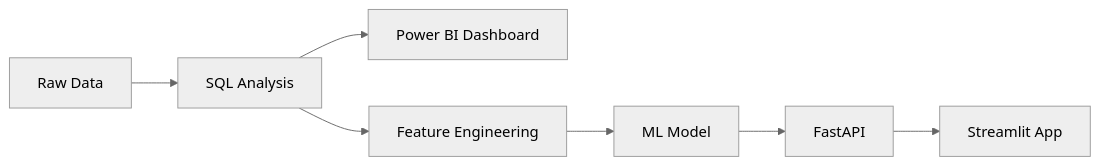
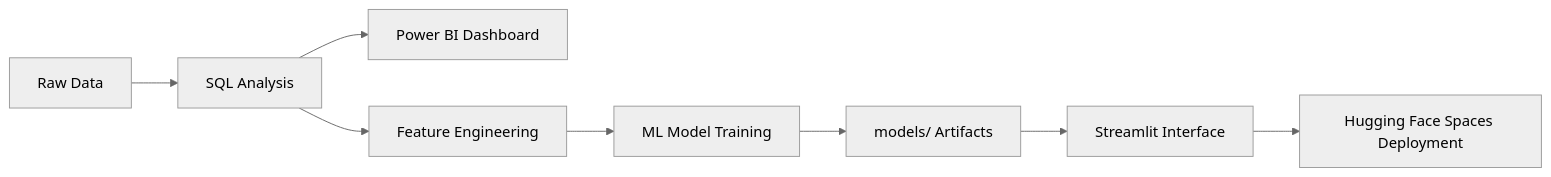
The diagram in README.md (ajaya-kumar-pradhan/Loan-Approval-Credit-Risk-Analytics-System), drawn with Mermaid (neutral theme) before and after one commit. The commit also changed other lines of this file, not shown here.

Commit message:
Update README for Streamlit architecture and deployment instructions

````diff
--- a/README.md
+++ b/README.md
@@ -32,9 +32,10 @@
 ```mermaid
 flowchart LR
 A[Raw Data] --> B[SQL Analysis]
 B --> C[Power BI Dashboard]
 B --> D[Feature Engineering]
-D --> E[ML Model]
-E --> F[FastAPI]
-F --> G[Streamlit App]
+D --> E[ML Model Training]
+E --> F[models/ Artifacts]
+F --> G[Streamlit Interface]
+G --> H[Hugging Face Spaces Deployment]
 ```
````
